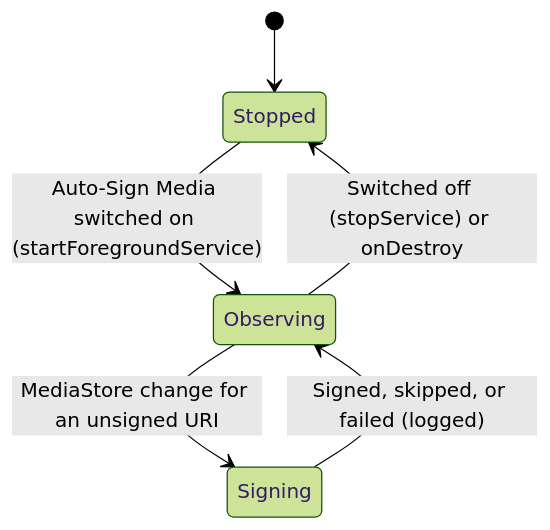
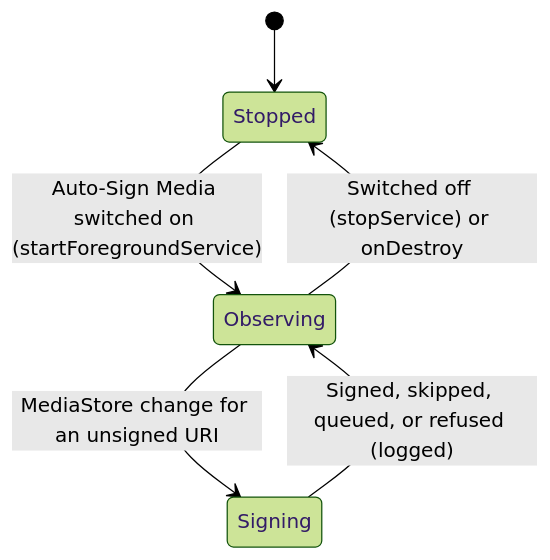
One commit to jeremyhahn/xkey-android changed the diagram in docs/media-signing/engineering.md. Above: the diagram before and after it, drawn with Mermaid (forest theme). The commit also changed other lines of this file and 1 other file, not shown here.

First line of the commit message:
docs: media signing docs describe the merged behaviour

````diff
--- a/docs/media-signing/engineering.md
+++ b/docs/media-signing/engineering.md
@@ -10,8 +10,8 @@
 ```mermaid
 stateDiagram-v2
     [*] --> Stopped
     Stopped --> Observing: Auto-Sign Media switched on (startForegroundService)
     Observing --> Signing: MediaStore change for an unsigned URI
-    Signing --> Observing: Signed, skipped, or failed (logged)
+    Signing --> Observing: Signed, skipped, queued, or refused (logged)
     Observing --> Stopped: Switched off (stopService) or onDestroy
 ```
````
